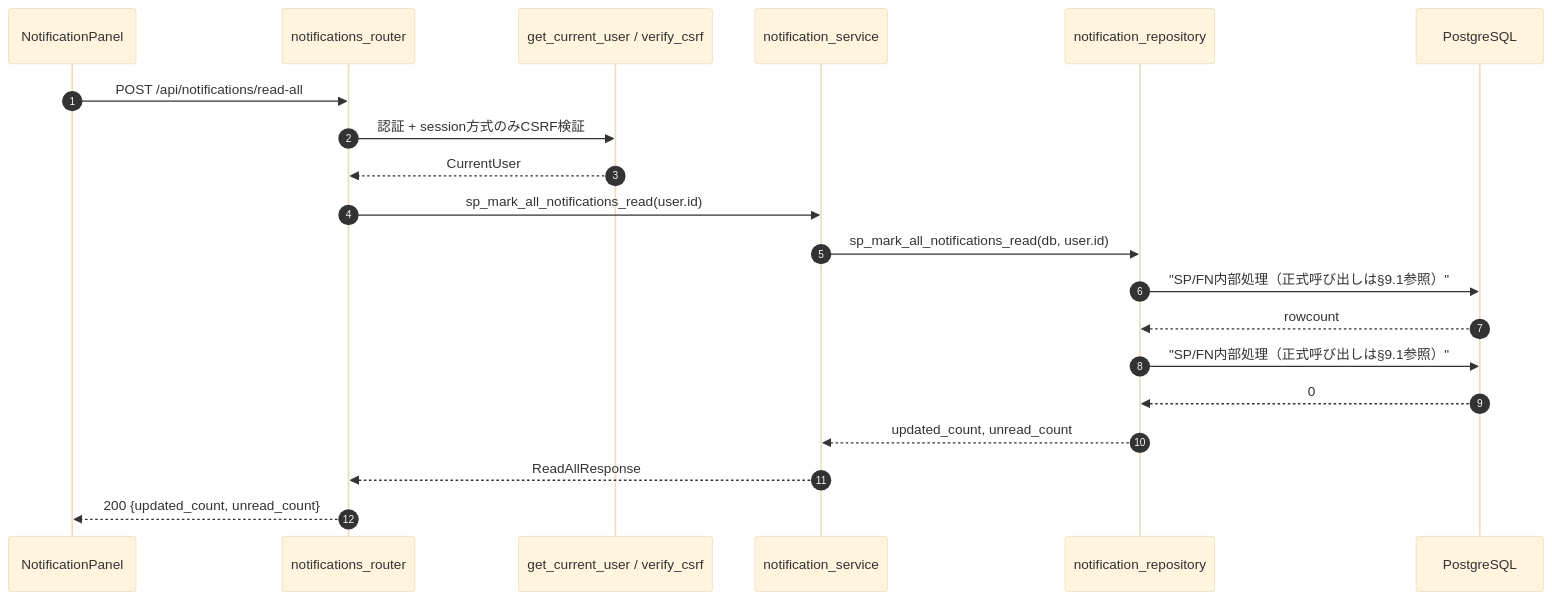
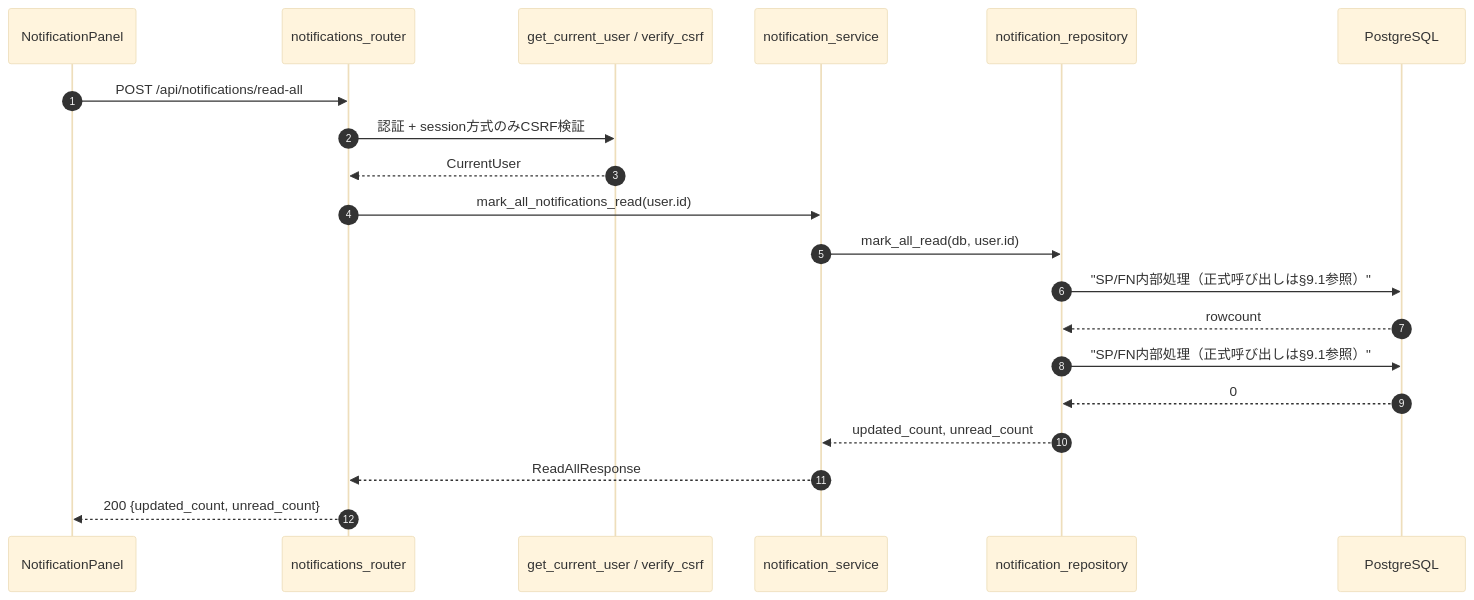
The first of 3 diagrams in docs/detailed_design/api/notifications/04_post_notifications_read_all.md (oikawa-d/task_management), drawn with Mermaid (base theme) before and after one commit. The commit also changed other lines of this file and 88 other files, not shown here.

````diff
--- a/docs/detailed_design/api/notifications/04_post_notifications_read_all.md
+++ b/docs/detailed_design/api/notifications/04_post_notifications_read_all.md
@@ -50,23 +50,23 @@
 ```mermaid
 sequenceDiagram
     autonumber
     participant FE as NotificationPanel
     participant R as notifications_router
     participant D as get_current_user / verify_csrf
     participant S as notification_service
     participant NR as notification_repository
     participant PG as PostgreSQL
 
     FE->>R: POST /api/notifications/read-all
     R->>D: 認証 + session方式のみCSRF検証
     D-->>R: CurrentUser
-    R->>S: sp_mark_all_notifications_read(user.id)
-    S->>NR: sp_mark_all_notifications_read(db, user.id)
+    R->>S: mark_all_notifications_read(user.id)
+    S->>NR: mark_all_read(db, user.id)
     NR->>PG: "SP/FN内部処理（正式呼び出しは§9.1参照）"
     PG-->>NR: rowcount
     NR->>PG: "SP/FN内部処理（正式呼び出しは§9.1参照）"
     PG-->>NR: 0
     NR-->>S: updated_count, unread_count
     S-->>R: ReadAllResponse
     R-->>FE: 200 {updated_count, unread_count}
 ```
````
